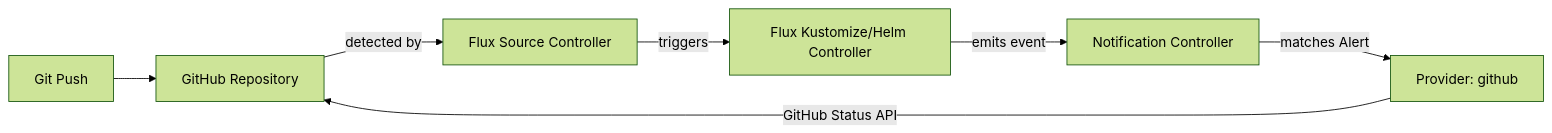
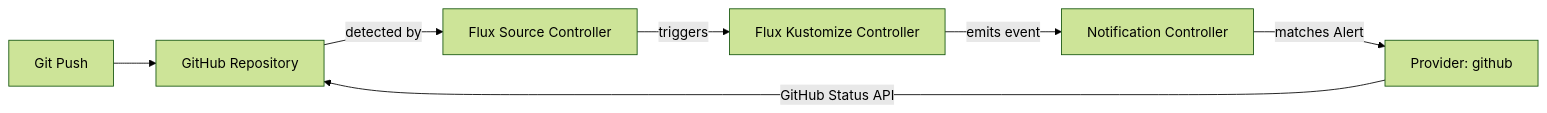
The diagram in posts/2026-03-05-flux-notification-provider-github-commit-status/README.md (OneUptime/blog), drawn with Mermaid (forest theme) before and after one commit. The commit also changed other lines of this file and 2 other files, not shown here.

Commit message:
validate: 2026-03-05-flux-notification-provider-github-commit-status

````diff
--- a/posts/2026-03-05-flux-notification-provider-github-commit-status/README.md
+++ b/posts/2026-03-05-flux-notification-provider-github-commit-status/README.md
@@ -123,9 +122,9 @@
 ```mermaid
 graph LR
     A[Git Push] --> B[GitHub Repository]
     B -->|detected by| C[Flux Source Controller]
-    C -->|triggers| D[Flux Kustomize/Helm Controller]
+    C -->|triggers| D[Flux Kustomize Controller]
     D -->|emits event| E[Notification Controller]
     E -->|matches Alert| F[Provider: github]
     F -->|GitHub Status API| B
 ```
````
